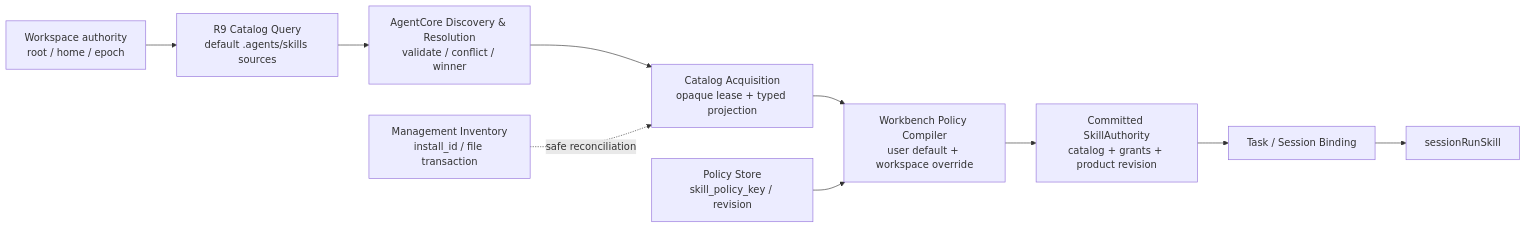
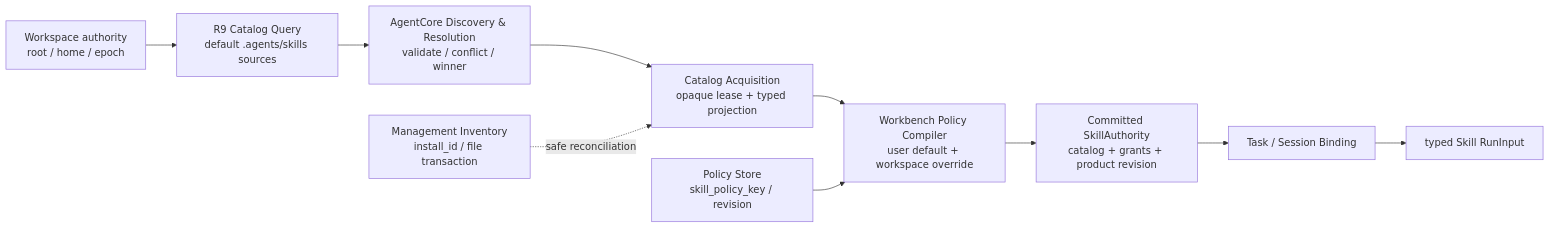
One commit to metask-ai/metawork changed the diagram in docs/skill-system-architecture-plan.md. Above: the diagram before and after it, drawn with Mermaid. The commit also changed other lines of this file and 6 other files, not shown here.

````diff
--- a/docs/skill-system-architecture-plan.md
+++ b/docs/skill-system-architecture-plan.md
@@ -101,13 +101,13 @@
 ```mermaid
 flowchart LR
     A["Workspace authority<br/>root / home / epoch"] --> B["R9 Catalog Query<br/>default .agents/skills sources"]
     B --> C["AgentCore Discovery & Resolution<br/>validate / conflict / winner"]
     C --> D["Catalog Acquisition<br/>opaque lease + typed projection"]
     D --> E["Workbench Policy Compiler<br/>user default + workspace override"]
     E --> F["Committed SkillAuthority<br/>catalog + grants + product revision"]
     F --> G["Task / Session Binding"]
-    G --> H["sessionRunSkill"]
+    G --> H["typed Skill RunInput"]
 
     I["Management Inventory<br/>install_id / file transaction"] -. "safe reconciliation" .-> D
     J["Policy Store<br/>skill_policy_key / revision"] --> E
 ```
````
